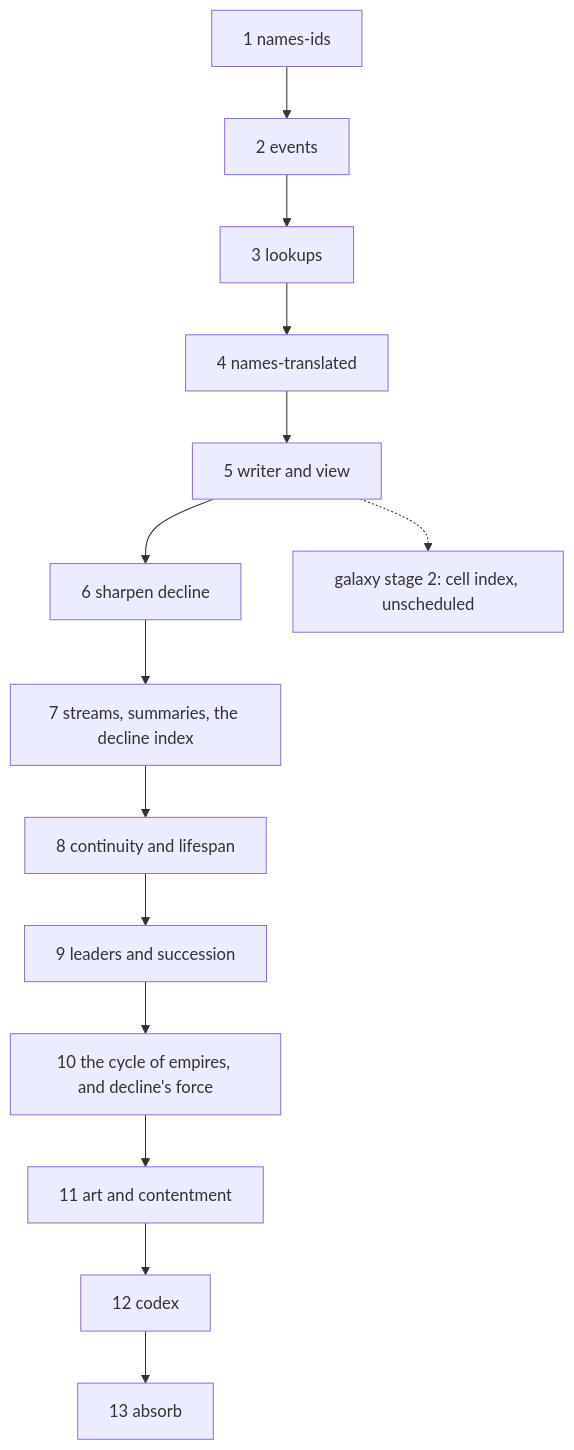
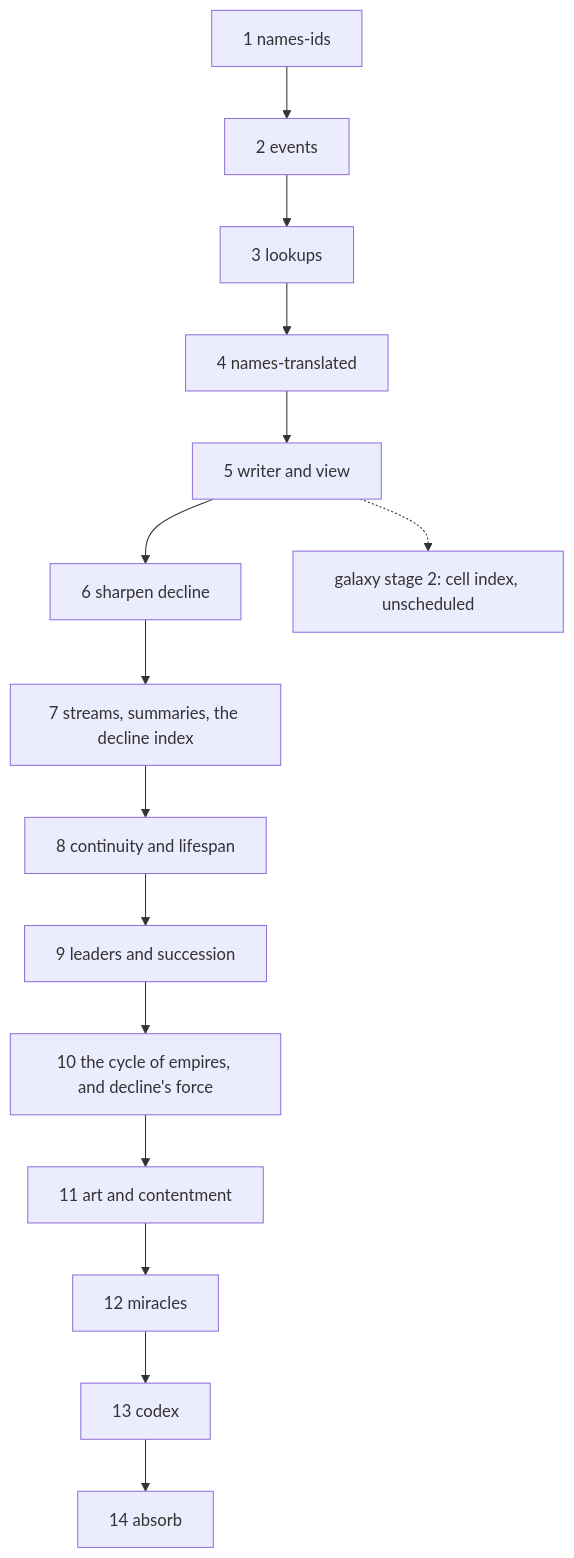
The diagram in specs/plan.md (aulme/older-than-their-sun), drawn with Mermaid before and after one commit. The commit also changed other lines of this file and 1 other file, not shown here.

````diff
--- a/specs/plan.md
+++ b/specs/plan.md
@@ -10,16 +10,17 @@
 ```mermaid
 flowchart TD
   N1[1 names-ids] --> S1[2 events]
   S1 --> S2[3 lookups]
   S2 --> N2[4 names-translated]
   N2 --> S3[5 writer and view]
   S3 --> D0[6 sharpen decline]
   D0 --> D1[7 streams, summaries, the decline index]
   D1 --> C[8 continuity and lifespan]
   C --> L[9 leaders and succession]
   L --> E[10 the cycle of empires, and decline's force]
   E --> R[11 art and contentment]
-  R --> S4[12 codex]
-  S4 --> A[13 absorb]
+  R --> M[12 miracles]
+  M --> S4[13 codex]
+  S4 --> A[14 absorb]
   S3 -.-> G2[galaxy stage 2: cell index, unscheduled]
 ```
````
